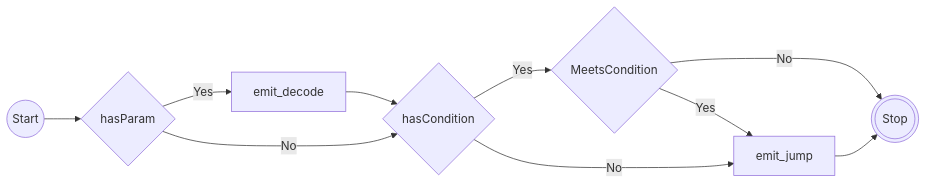
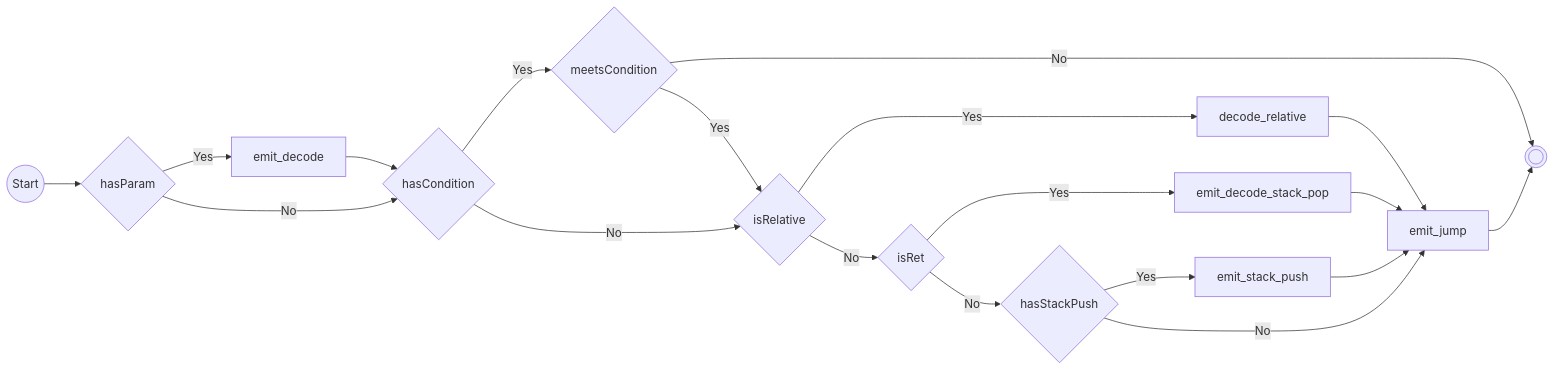
Before and after one commit to ambertide/Beemu: the second of 2 diagrams in docs/parser/emit.md, drawn with Mermaid. The commit also changed 10 other files, not shown here.

````diff
--- a/docs/parser/emit.md
+++ b/docs/parser/emit.md
@@ -130,13 +130,22 @@
 ```mermaid
 flowchart LR
-    A@{ shape: circle, label: "Start" } --> B{hasParam}
-    B -->|Yes|D[emit_decode]
-    D --> E
-    B -->|No|E
-    E{hasCondition}
-    E -->|Yes|F{MeetsCondition}
-    F -->|No|T@{ shape: doublecircle, label: "Stop"}
-    F -->|Yes|G[emit_jump]
-    E --> |No|G
-    G --> T
+    S@{ shape: circle, label: "Start" } --> hasParam{"hasParam"}
+    hasParam -->|Yes|emit_decode
+    emit_decode --> hasCondition
+    hasParam -->|No|hasCondition
+    hasCondition{hasCondition}
+    hasCondition -->|Yes|meetsCondition{meetsCondition}
+    meetsCondition -->|No|T@{ shape: doublecircle, label: "Stop"}
+    meetsCondition -->|Yes|isRelative{isRelative}
+    hasCondition --> |No|isRelative
+    isRelative --> |No|isRet{isRet}
+    isRelative --> |Yes|decode_relative
+    decode_relative --> emit_jump
+    isRet --> |Yes|emit_decode_stack_pop
+    isRet --> |No|hasStackPush{hasStackPush}
+    emit_decode_stack_pop --> emit_jump
+    hasStackPush --> |Yes| emit_stack_push
+    emit_stack_push --> emit_jump
+    hasStackPush --> |No| emit_jump
+    emit_jump --> T@{ shape: doublecircle, label: " "}
 ```
````
